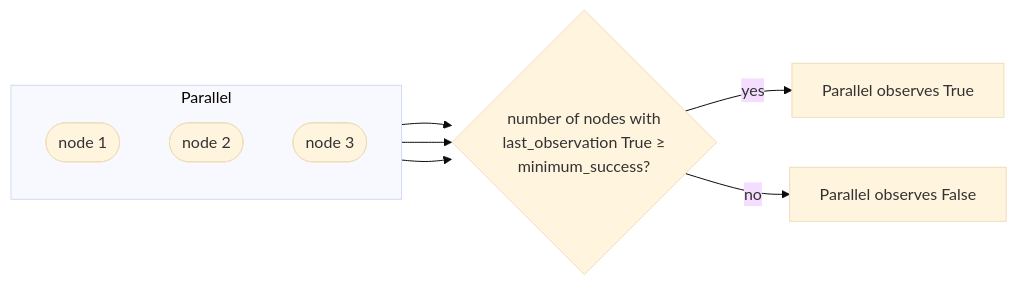
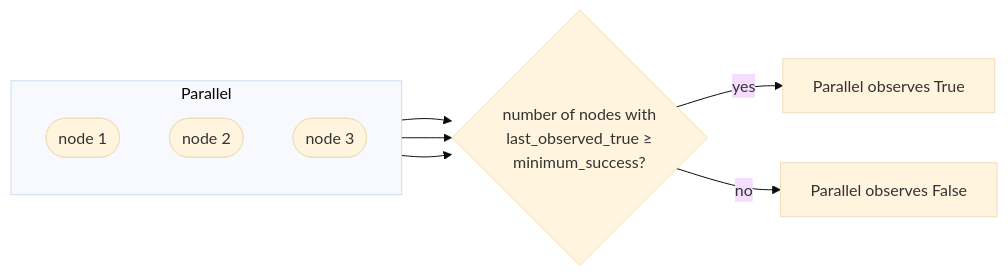
One commit to Tigul/cognitive_robot_abstract_machine changed the eighth of 11 diagrams in giskardpy/doc/motion_statecharts.md. Above: the diagram before and after it, drawn with Mermaid (base theme). The commit also changed other lines of this file and 30 other files, not shown here.

Commit message:
refactor(motion_statechart): update conditions to replace `observation_variable` with `observes_true` and logical operations with binary predicates

````diff
--- a/giskardpy/doc/motion_statecharts.md
+++ b/giskardpy/doc/motion_statecharts.md
@@ -426,15 +425,15 @@
 ```{mermaid}
 flowchart LR
     subgraph parallel ["Parallel"]
         direction TB
         n1(["node 1"])
         n2(["node 2"])
         n3(["node 3"])
     end
-    count{"number of nodes with<br/>last_observation True ≥<br/>minimum_success?"}
+    count{"number of nodes with<br/>last_observed_true ≥<br/>minimum_success?"}
     n1 --> count
     n2 --> count
     n3 --> count
     count -- yes --> T["Parallel observes True"]
     count -- no --> Fa["Parallel observes False"]
 ```
````
